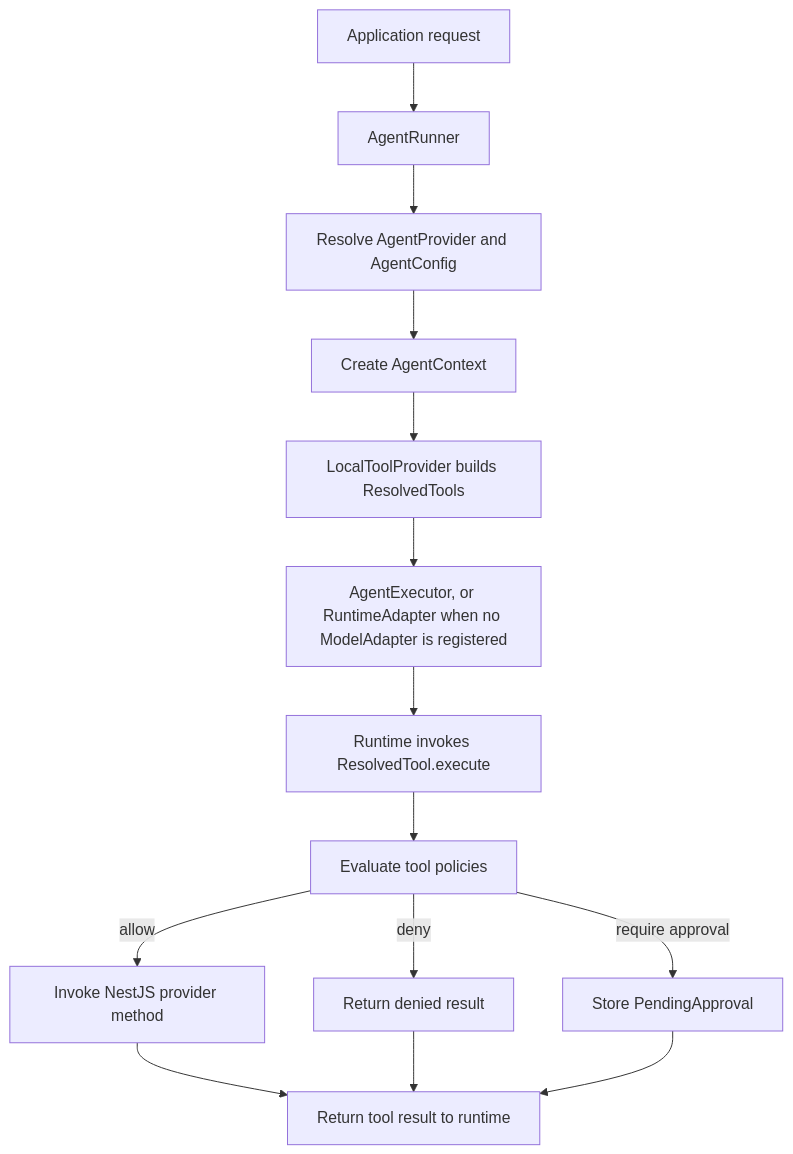
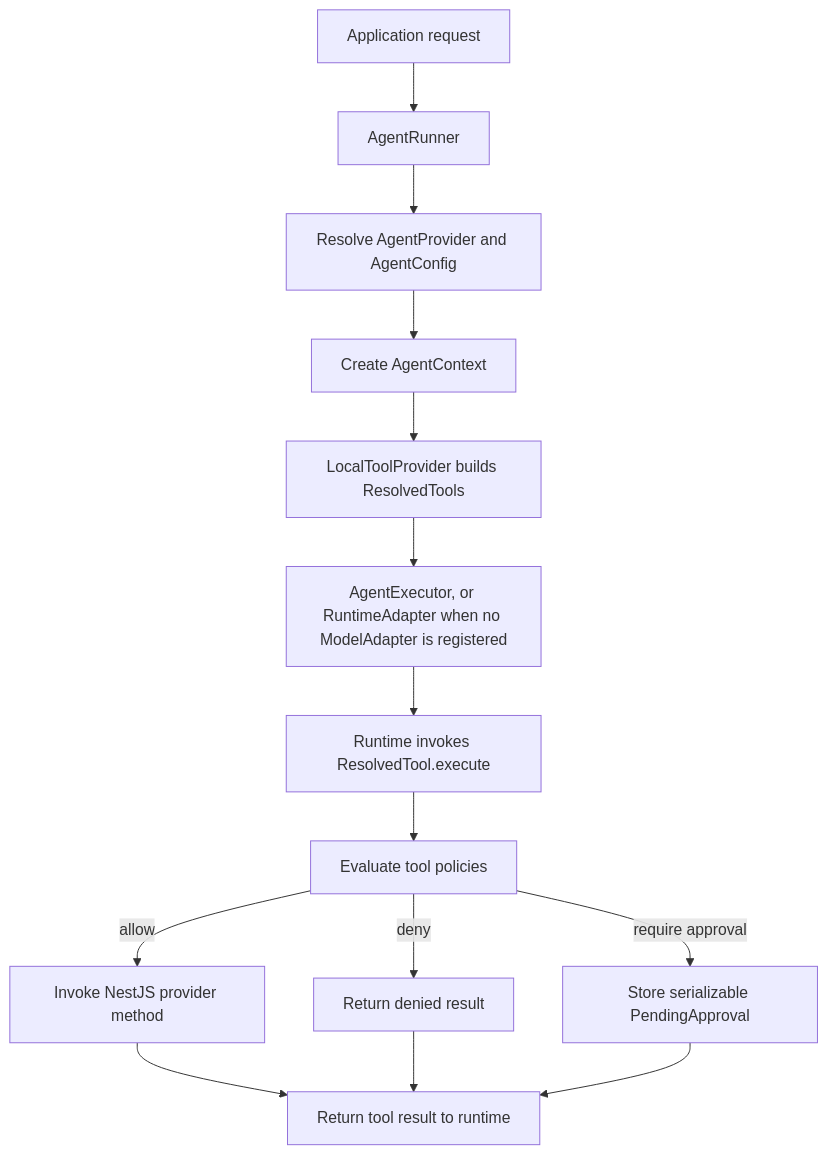
Before and after one commit to irzix/nestjs-agentic: the first of 4 diagrams in docs/ARCHITECTURE.md, drawn with Mermaid. The commit also changed other lines of this file and 20 other files, not shown here.

````diff
--- a/docs/ARCHITECTURE.md
+++ b/docs/ARCHITECTURE.md
@@ -42,16 +42,16 @@
 ```mermaid
 flowchart TD
     REQUEST[Application request] --> RUNNER[AgentRunner]
     RUNNER --> AGENT[Resolve AgentProvider and AgentConfig]
     AGENT --> CONTEXT[Create AgentContext]
     CONTEXT --> TOOLS[LocalToolProvider builds ResolvedTools]
     TOOLS --> ADAPTER[AgentExecutor, or RuntimeAdapter when no ModelAdapter is registered]
     ADAPTER --> INVOKE[Runtime invokes ResolvedTool.execute]
     INVOKE --> POLICIES[Evaluate tool policies]
     POLICIES -->|allow| METHOD[Invoke NestJS provider method]
     POLICIES -->|deny| DENIED[Return denied result]
-    POLICIES -->|require approval| PENDING[Store PendingApproval]
+    POLICIES -->|require approval| PENDING[Store serializable PendingApproval]
     METHOD --> RESULT[Return tool result to runtime]
     DENIED --> RESULT
     PENDING --> RESULT
 ```
````
